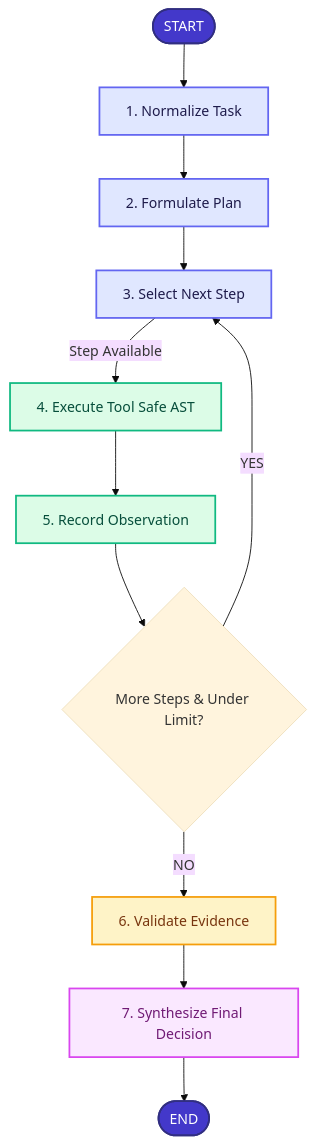
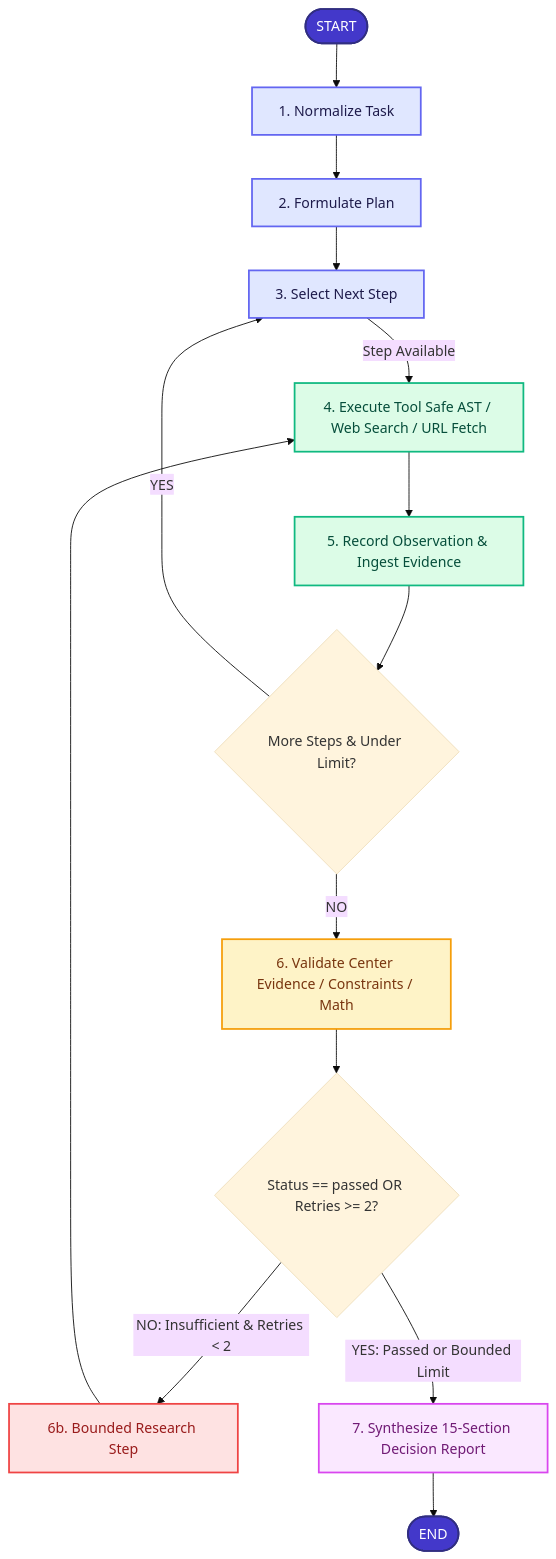
One commit to kavita1722-sys/archpilot changed the diagram in README.md. Above: the diagram before and after it, drawn with Mermaid (base theme). The commit also changed other lines of this file and 40 other files, not shown here.

````diff
--- a/README.md
+++ b/README.md
@@ -49,26 +68,31 @@
 ```mermaid
 graph TD
     START([START]) --> normalize[1. Normalize Task]
     normalize --> plan[2. Formulate Plan]
     plan --> select[3. Select Next Step]
     
-    select -->|Step Available| tool[4. Execute Tool Safe AST]
-    tool --> observe[5. Record Observation]
+    select -->|Step Available| tool[4. Execute Tool Safe AST / Web Search / URL Fetch]
+    tool --> observe[5. Record Observation & Ingest Evidence]
     
     observe --> check{More Steps & Under Limit?}
     check -->|YES| select
-    check -->|NO| validate[6. Validate Evidence]
+    check -->|NO| validate[6. Validate Center Evidence / Constraints / Math]
     
-    validate --> finalize[7. Synthesize Final Decision]
+    validate --> vcheck{Status == passed OR Retries >= 2?}
+    vcheck -->|NO: Insufficient & Retries < 2| research[6b. Bounded Research Step]
+    research --> tool
+    vcheck -->|YES: Passed or Bounded Limit| finalize[7. Synthesize 15-Section Decision Report]
+    
     finalize --> END([END])
 
     style START fill:#4338ca,stroke:#312e81,stroke-width:2px,color:#fff
     style normalize fill:#e0e7ff,stroke:#6366f1,stroke-width:2px,color:#1e1b4b
     style plan fill:#e0e7ff,stroke:#6366f1,stroke-width:2px,color:#1e1b4b
     style select fill:#e0e7ff,stroke:#6366f1,stroke-width:2px,color:#1e1b4b
     style tool fill:#dcfce7,stroke:#10b981,stroke-width:2px,color:#064e3b
     style observe fill:#dcfce7,stroke:#10b981,stroke-width:2px,color:#064e3b
     style validate fill:#fef3c7,stroke:#f59e0b,stroke-width:2px,color:#78350f
+    style research fill:#fee2e2,stroke:#ef4444,stroke-width:2px,color:#991b1b
     style finalize fill:#fae8ff,stroke:#d946ef,stroke-width:2px,color:#701a75
     style END fill:#4338ca,stroke:#312e81,stroke-width:2px,color:#fff
 ```
````
